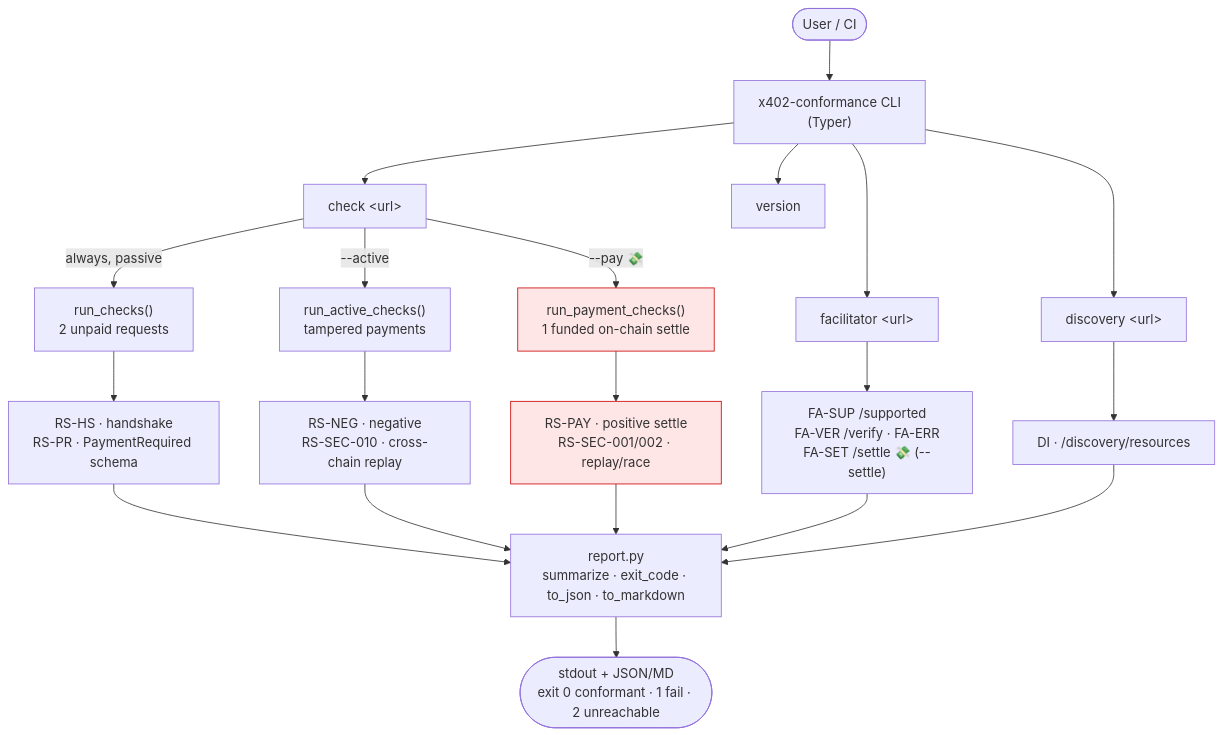
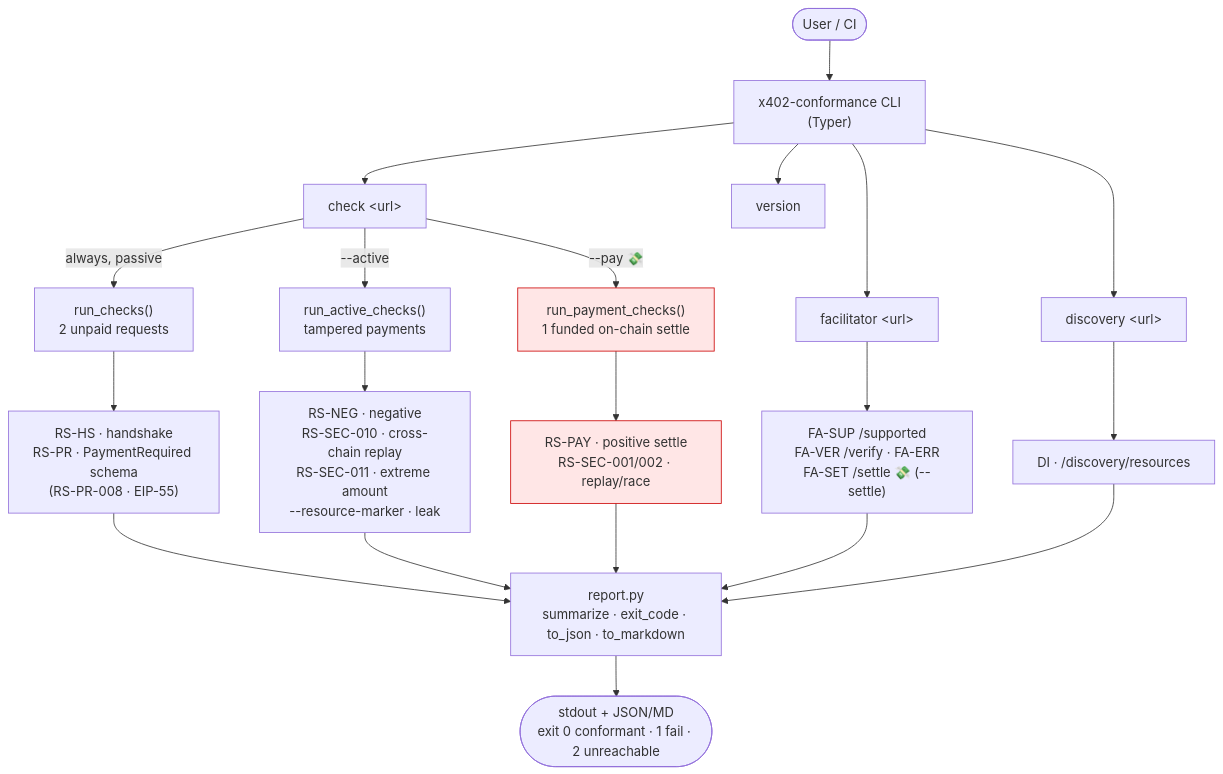
Before and after one commit to moped2110/x402-conformance: the first of 7 diagrams in docs/architecture.md, drawn with Mermaid. The commit also changed other lines of this file and 2 other files, not shown here.

First line of the commit message:
docs: document report schema, EIP-55, content-leak marker, extreme-amount

````diff
--- a/docs/architecture.md
+++ b/docs/architecture.md
@@ -10,32 +10,32 @@
 ```mermaid
 flowchart TD
     user([User / CI]) --> cli["x402-conformance CLI<br/>(Typer)"]
 
     cli --> chk["check &lt;url&gt;"]
     cli --> fac["facilitator &lt;url&gt;"]
     cli --> disc["discovery &lt;url&gt;"]
     cli --> ver["version"]
 
     chk -->|always, passive| RUN["run_checks()<br/>2 unpaid requests"]
     chk -->|--active| ACT["run_active_checks()<br/>tampered payments"]
     chk -->|--pay 💸| PAY["run_payment_checks()<br/>1 funded on-chain settle"]
 
-    RUN --> G_HS["RS-HS · handshake<br/>RS-PR · PaymentRequired schema"]
-    ACT --> G_NEG["RS-NEG · negative<br/>RS-SEC-010 · cross-chain replay"]
+    RUN --> G_HS["RS-HS · handshake<br/>RS-PR · PaymentRequired schema<br/>(RS-PR-008 · EIP-55)"]
+    ACT --> G_NEG["RS-NEG · negative<br/>RS-SEC-010 · cross-chain replay<br/>RS-SEC-011 · extreme amount<br/>--resource-marker · leak"]
     PAY --> G_PAY["RS-PAY · positive settle<br/>RS-SEC-001/002 · replay/race"]
 
     fac --> G_FA["FA-SUP /supported<br/>FA-VER /verify · FA-ERR<br/>FA-SET /settle 💸 (--settle)"]
     disc --> G_DI["DI · /discovery/resources"]
 
     G_HS --> REP
     G_NEG --> REP
     G_PAY --> REP
     G_FA --> REP
     G_DI --> REP
 
     REP["report.py<br/>summarize · exit_code · to_json · to_markdown"]
     REP --> OUT([stdout + JSON/MD<br/>exit 0 conformant · 1 fail · 2 unreachable])
 
     classDef pay fill:#ffe6e6,stroke:#cc0000;
     class PAY,G_PAY pay;
 ```
````
